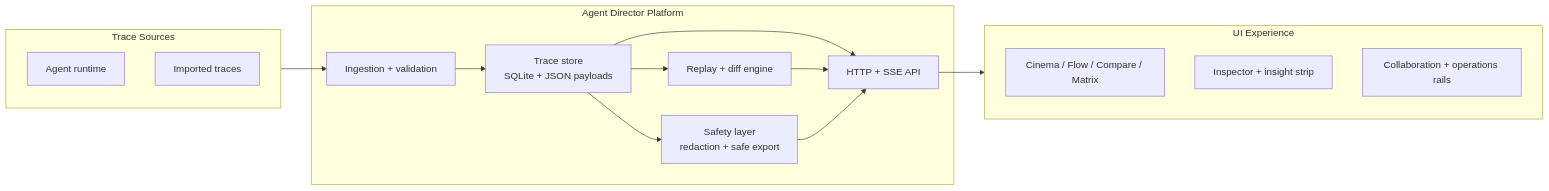
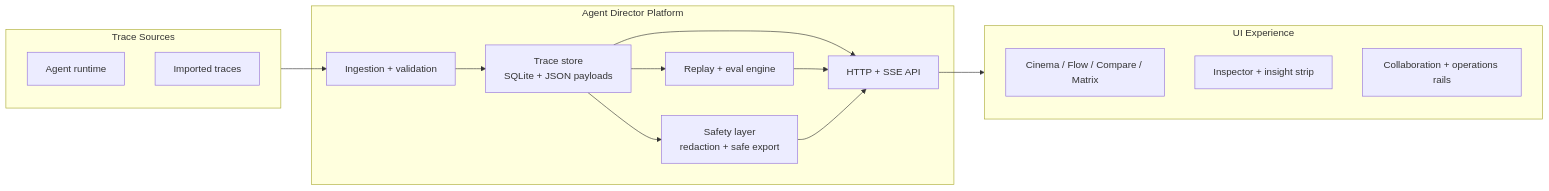
The first of 2 diagrams in README.md (jlov7/agent-director), drawn with Mermaid before and after one commit. The commit also changed other lines of this file and 47 other files, not shown here.

````diff
--- a/README.md
+++ b/README.md
@@ -73,25 +75,25 @@
 ```mermaid
 flowchart LR
   subgraph Sources["Trace Sources"]
     A1["Agent runtime"]
     A2["Imported traces"]
   end
 
   subgraph Platform["Agent Director Platform"]
     B1["Ingestion + validation"]
     B2["Trace store\nSQLite + JSON payloads"]
     B3["HTTP + SSE API"]
-    B4["Replay + diff engine"]
+    B4["Replay + eval engine"]
     B5["Safety layer\nredaction + safe export"]
   end
 
   subgraph Experience["UI Experience"]
     C1["Cinema / Flow / Compare / Matrix"]
     C2["Inspector + insight strip"]
     C3["Collaboration + operations rails"]
   end
 
   Sources --> B1 --> B2 --> B3 --> Experience
   B2 --> B4 --> B3
   B2 --> B5 --> B3
 ```
````
